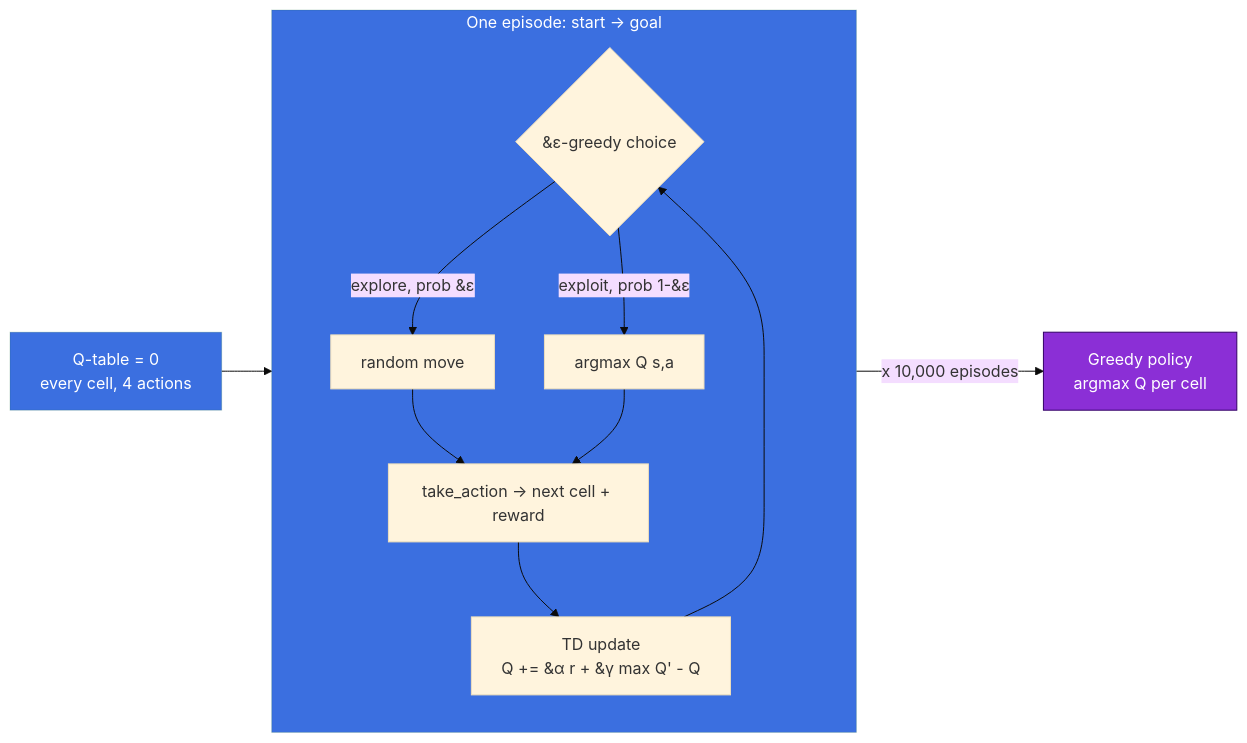
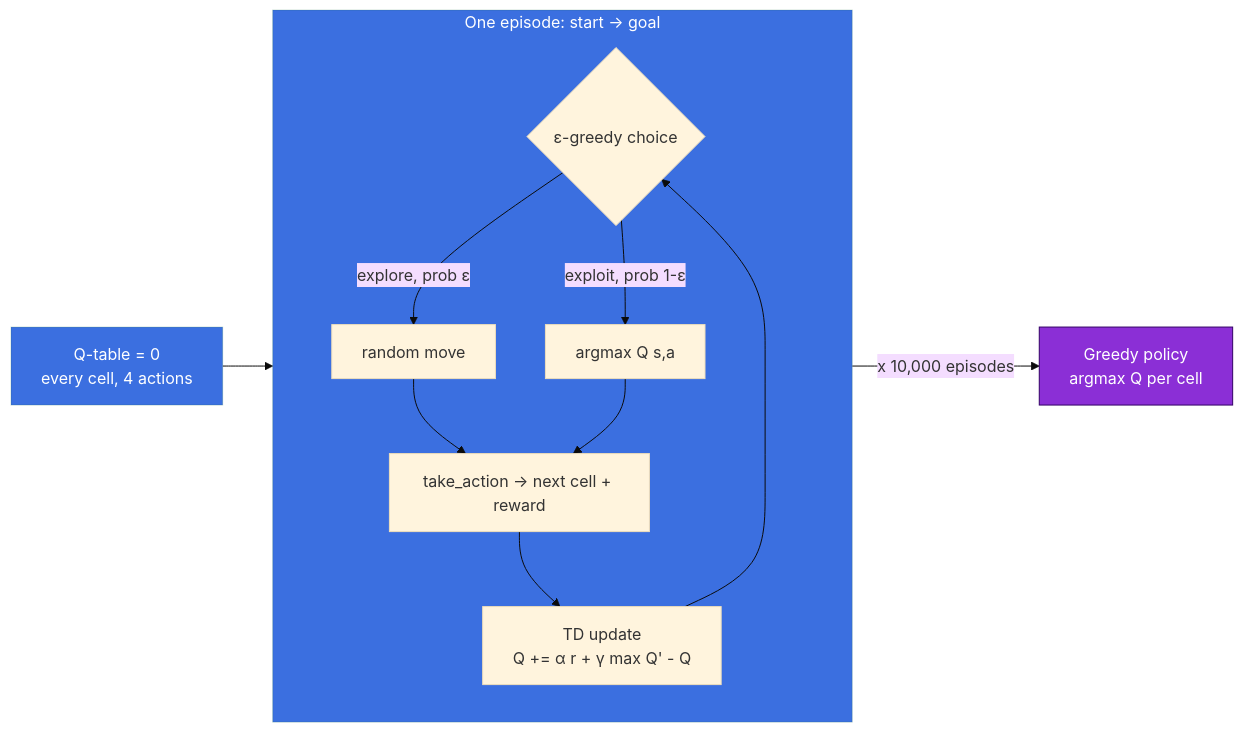
The first of 2 diagrams in README.md (SKT799/Self-Improving-Agentic-System), drawn with Mermaid (base theme) before and after one commit.

````diff
--- a/README.md
+++ b/README.md
@@ -64,21 +64,21 @@
 ```mermaid
 flowchart LR
     Z[Q-table = 0<br/>every cell, 4 actions] --> EP
 
     subgraph EP [One episode: start -> goal]
       direction TB
-      PICK{&#949;-greedy choice} -->|explore, prob &#949;| RND[random move]
-      PICK -->|exploit, prob 1-&#949;| BEST[argmax Q s,a]
+      PICK{#949;-greedy choice} -->|explore, prob #949;| RND[random move]
+      PICK -->|exploit, prob 1-#949;| BEST[argmax Q s,a]
       RND --> STEP[take_action -> next cell + reward]
       BEST --> STEP
-      STEP --> UPD[TD update<br/>Q += &#945; r + &#947; max Q' - Q]
+      STEP --> UPD[TD update<br/>Q += #945; r + #947; max Q' - Q]
       UPD --> PICK
     end
 
     EP -->|x 10,000 episodes| POL[Greedy policy<br/>argmax Q per cell]
 
     classDef q fill:#3B6FE0,stroke:#1633,color:#fff;
     classDef p fill:#8B2FD6,stroke:#306,color:#fff;
     class Z,EP q;
     class POL p;
 ```
````
